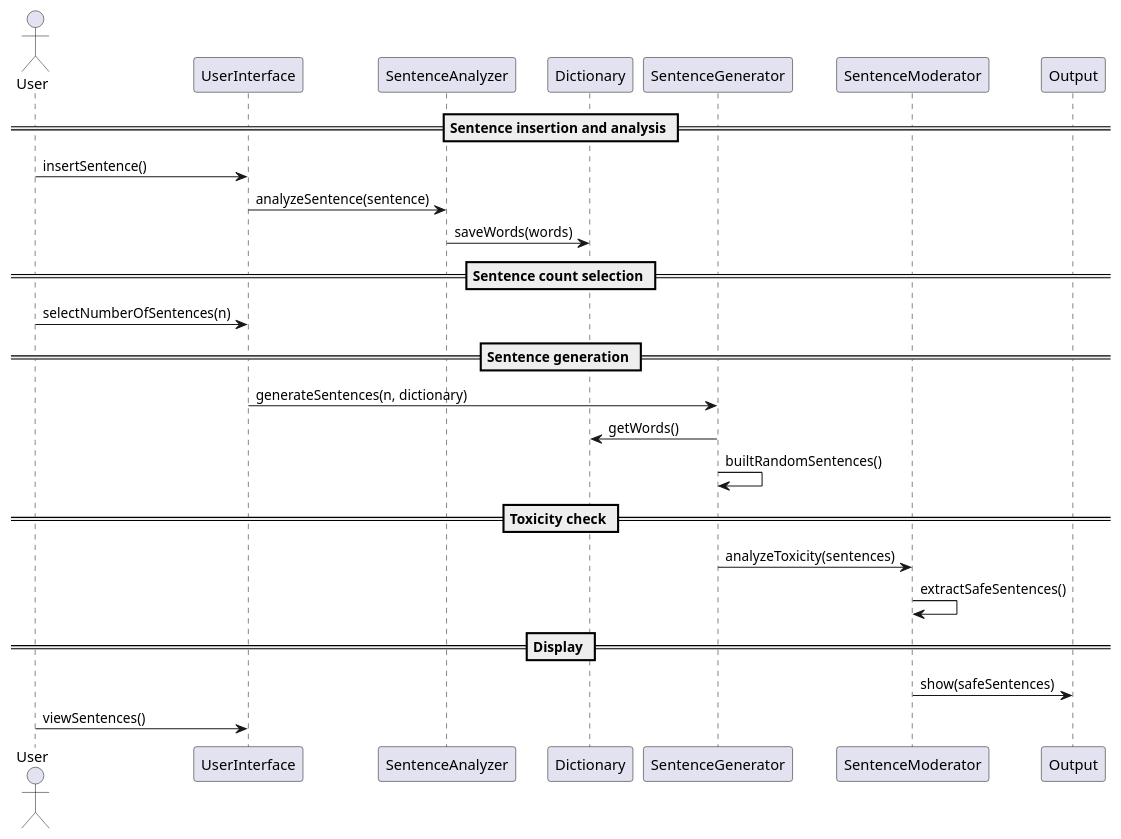
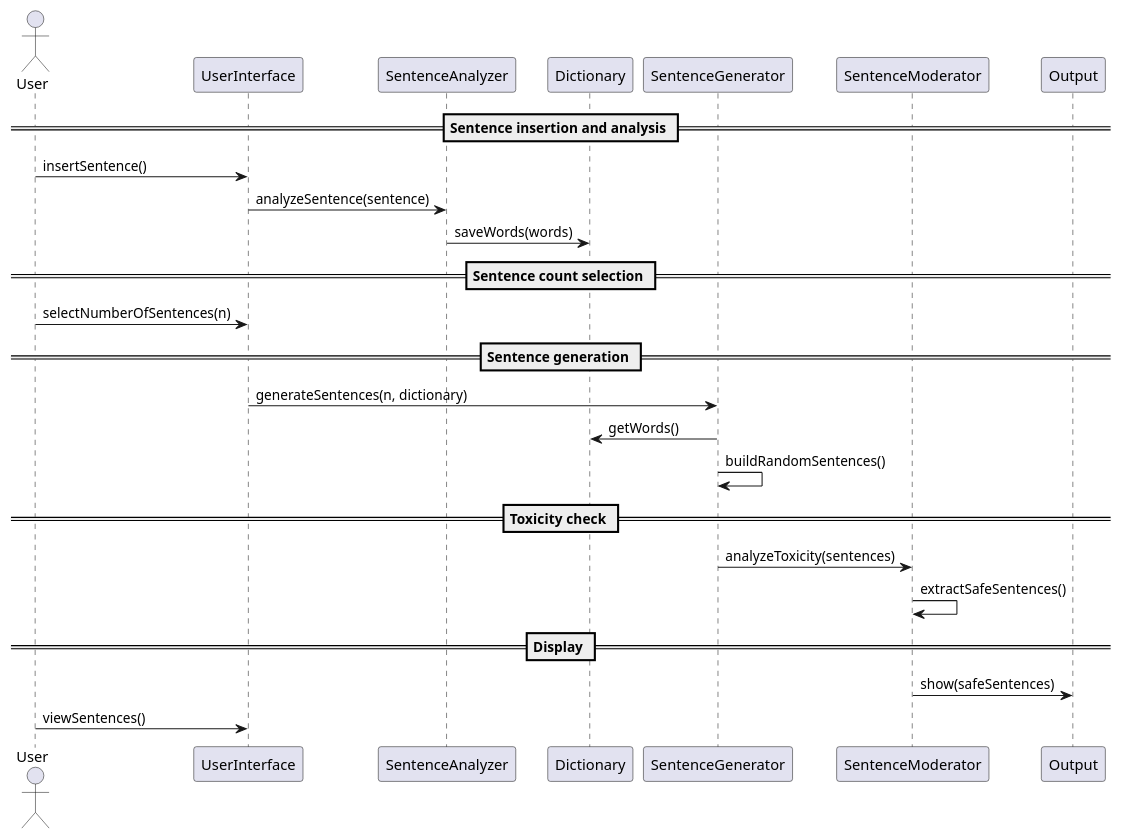
The first of 5 diagrams in docs/resources/Sequence_Diagrams.md (TognonGiac/nonsensegenerator), drawn with PlantUML before and after one commit.

````diff
--- a/docs/resources/Sequence_Diagrams.md
+++ b/docs/resources/Sequence_Diagrams.md
@@ -5,32 +5,32 @@
 ```plantuml
 @startuml
 actor User
 participant "UserInterface" as UI
 participant "SentenceAnalyzer" as SA
 participant "Dictionary" as D
 participant "SentenceGenerator" as SG
 participant "SentenceModerator" as SM
 participant "Output" as O
 
 == Sentence insertion and analysis ==
 User -> UI : insertSentence()
 UI -> SA : analyzeSentence(sentence)
 SA -> D : saveWords(words)
 
 == Sentence count selection ==
 User -> UI : selectNumberOfSentences(n)
 
 == Sentence generation ==
 UI -> SG : generateSentences(n, dictionary)
 SG -> D : getWords()
-SG -> SG : builtRandomSentences()
+SG -> SG : buildRandomSentences()
 
 == Toxicity check ==
 SG -> SM : analyzeToxicity(sentences)
 SM -> SM : extractSafeSentences()
 
 == Display ==
 SM -> O : show(safeSentences)
 User -> UI : viewSentences()
 @enduml
 ```
````
